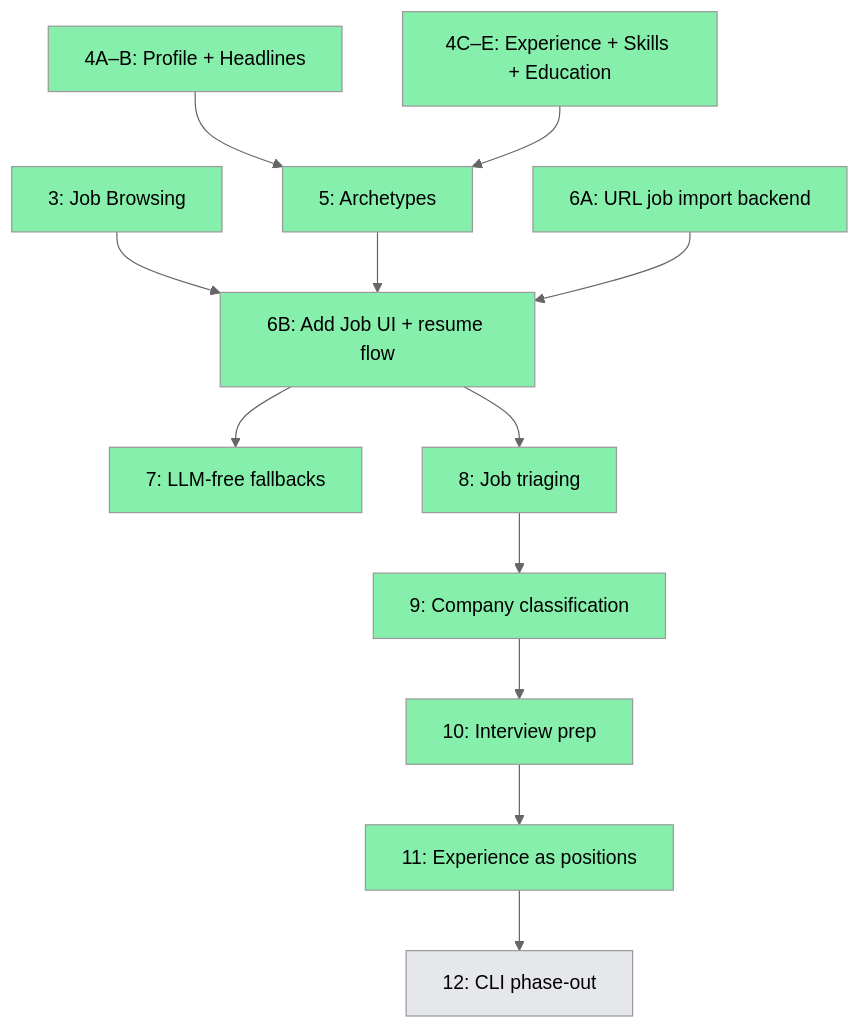
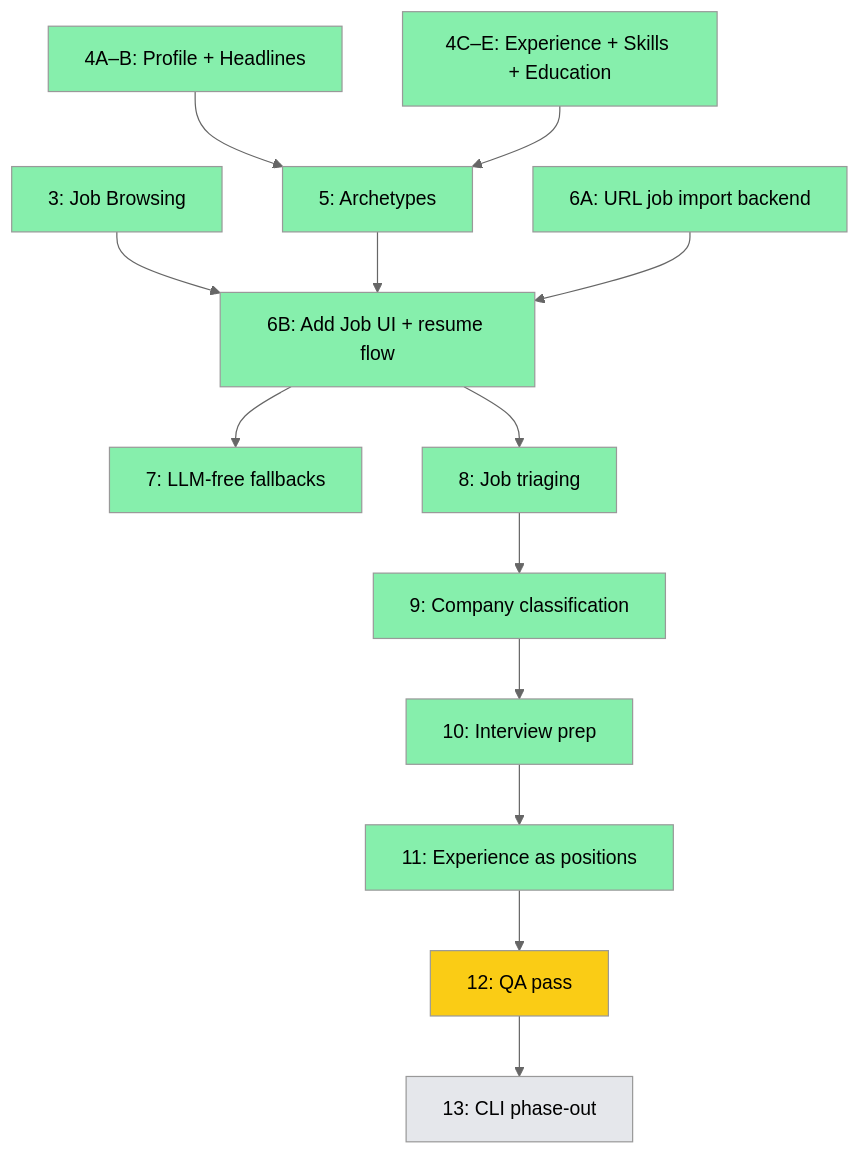
The diagram in GOALS.md (bluebird-labs/TailoredIn), drawn with Mermaid (neutral theme) before and after one commit. The commit also changed other lines of this file, not shown here.

Commit message:
docs: add M12 QA pass milestone, renumber CLI phase-out to M13

````diff
--- a/GOALS.md
+++ b/GOALS.md
@@ -74,27 +80,29 @@
 ```mermaid
 graph TD
     M3["3: Job Browsing"] --> M6B["6B: Add Job UI + resume flow"]
     M4AB["4A–B: Profile + Headlines"] --> M5["5: Archetypes"]
     M4CDE["4C–E: Experience + Skills + Education"] --> M5
     M5 --> M6B
     M6A["6A: URL job import backend"] --> M6B
     M6B --> M7["7: LLM-free fallbacks"]
     M6B --> M8["8: Job triaging"]
     M8 --> M9["9: Company classification"]
     M9 --> M10["10: Interview prep"]
     M10 --> M11["11: Experience as positions"]
-    M11 --> M12["12: CLI phase-out"]
+    M11 --> M12["12: QA pass"]
+    M12 --> M13["13: CLI phase-out"]
 
     style M3 fill:#86efac
     style M4AB fill:#86efac
     style M4CDE fill:#86efac
     style M5 fill:#86efac
     style M6A fill:#86efac
     style M6B fill:#86efac
     style M7 fill:#86efac
     style M8 fill:#86efac
     style M9 fill:#86efac
     style M10 fill:#86efac
     style M11 fill:#86efac
-    style M12 fill:#e5e7eb
+    style M12 fill:#facc15
+    style M13 fill:#e5e7eb
 ```
````
